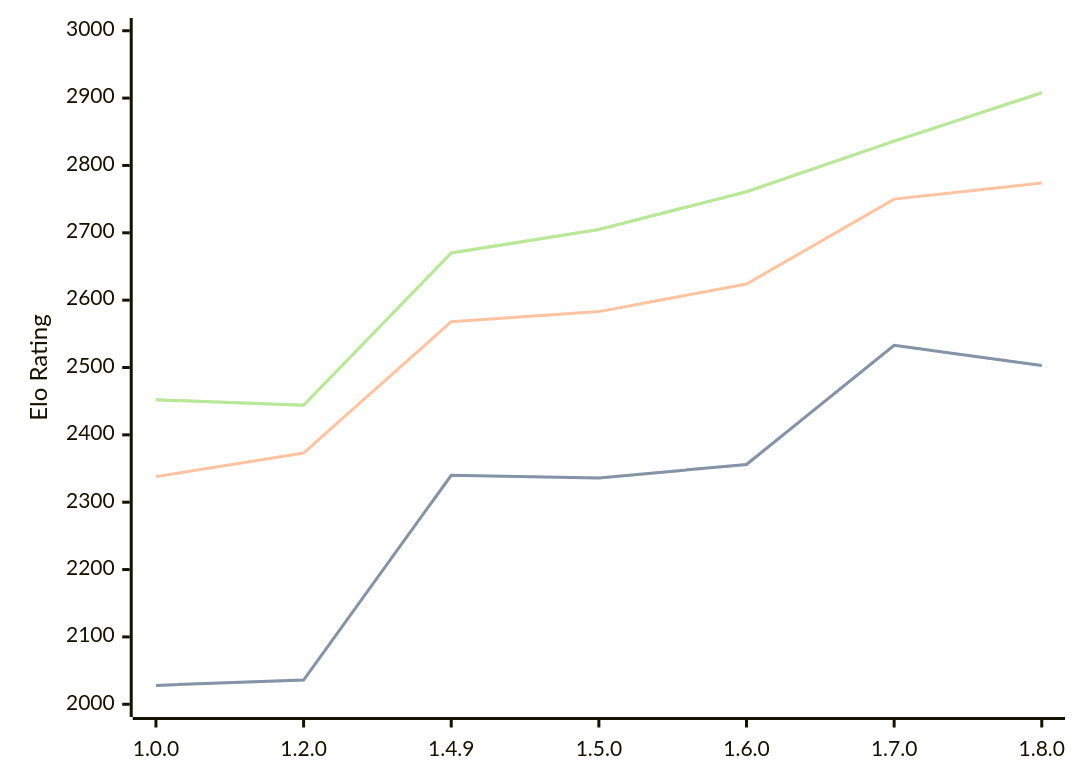
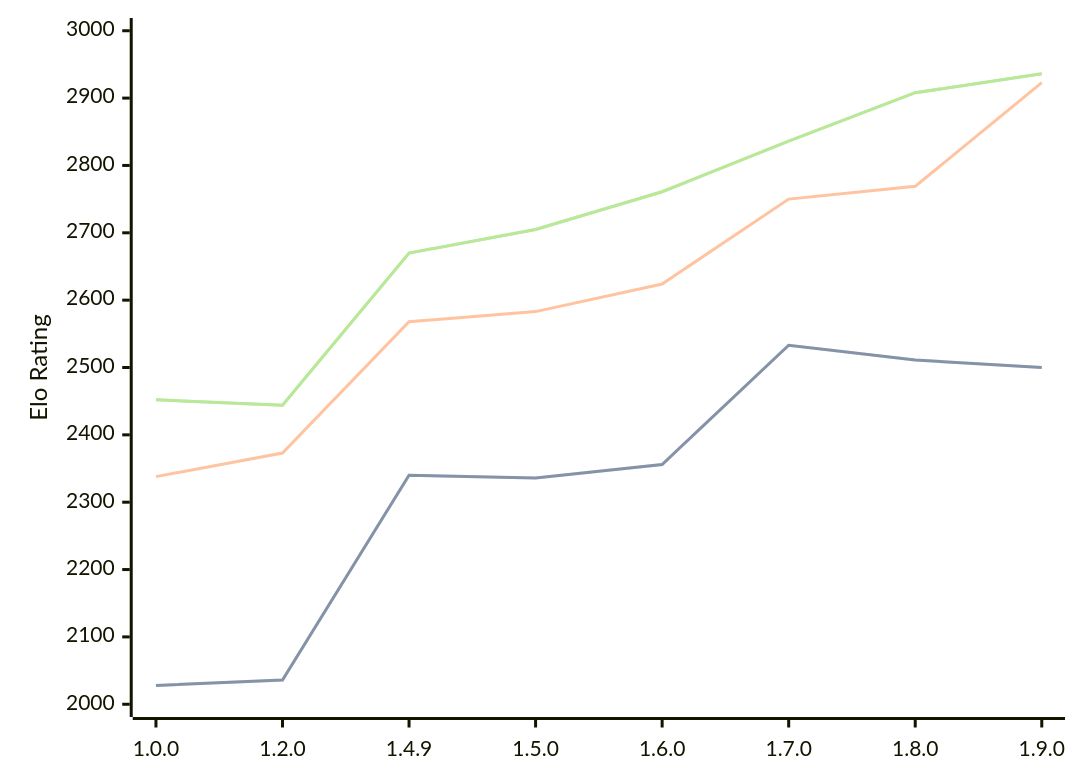
The diagram in engines/Basilisk.md (computer-chess-index/cci), drawn with Mermaid before and after one commit. The commit also changed other lines of this file, not shown here.

Commit message:
Update CCI Ratings (ELO VLTC) - 2026-07-19

````diff
--- a/engines/Basilisk.md
+++ b/engines/Basilisk.md
@@ -51,11 +52,11 @@
 ```mermaid
 %%{init: {"theme":"base","themeVariables":{"seriesColors:['#a3a3a3','#222221','#faa371']}}}%%
 xychart-beta
-  x-axis ["1.0.0", "1.2.0", "1.4.9", "1.5.0", "1.6.0", "1.7.0", "1.8.0"]
+  x-axis ["1.0.0", "1.2.0", "1.4.9", "1.5.0", "1.6.0", "1.7.0", "1.8.0", "1.9.0"]
   y-axis "Elo Rating" 2000 --> 3000
-  line "STC (8.0+0.08s)" [2028, 2036, 2340, 2336, 2356, 2533, 2503]
-  line "STC (8.0+0.08s)" [2028, 2036, 2340, 2336, 2356, 2533, 2503]
-  line "LTC (60.0+0.60s)" [2338, 2373, 2568, 2583, 2624, 2750, 2774]
-  line "VLTC (2m24s+1.12s)" [2452, 2444, 2670, 2705, 2761, 2836, 2908]
-  line "VLTC (2m24s+1.12s)" [2452, 2444, 2670, 2705, 2761, 2836, 2908]
+  line "STC (8.0+0.08s)" [2028, 2036, 2340, 2336, 2356, 2533, 2511, 2500]
+  line "STC (8.0+0.08s)" [2028, 2036, 2340, 2336, 2356, 2533, 2511, 2500]
+  line "LTC (60.0+0.60s)" [2338, 2373, 2568, 2583, 2624, 2750, 2769, 2923]
+  line "VLTC (2m24s+1.12s)" [2452, 2444, 2670, 2705, 2761, 2836, 2908, 2936]
+  line "VLTC (2m24s+1.12s)" [2452, 2444, 2670, 2705, 2761, 2836, 2908, 2936]
 ```
````
